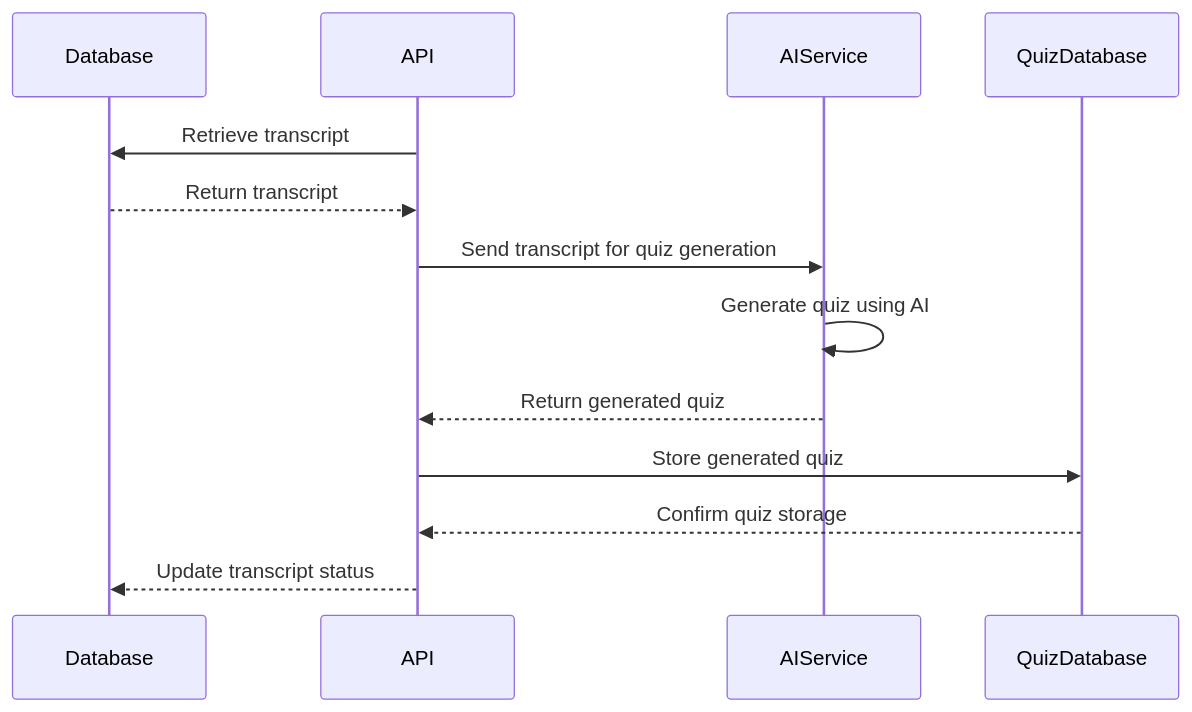
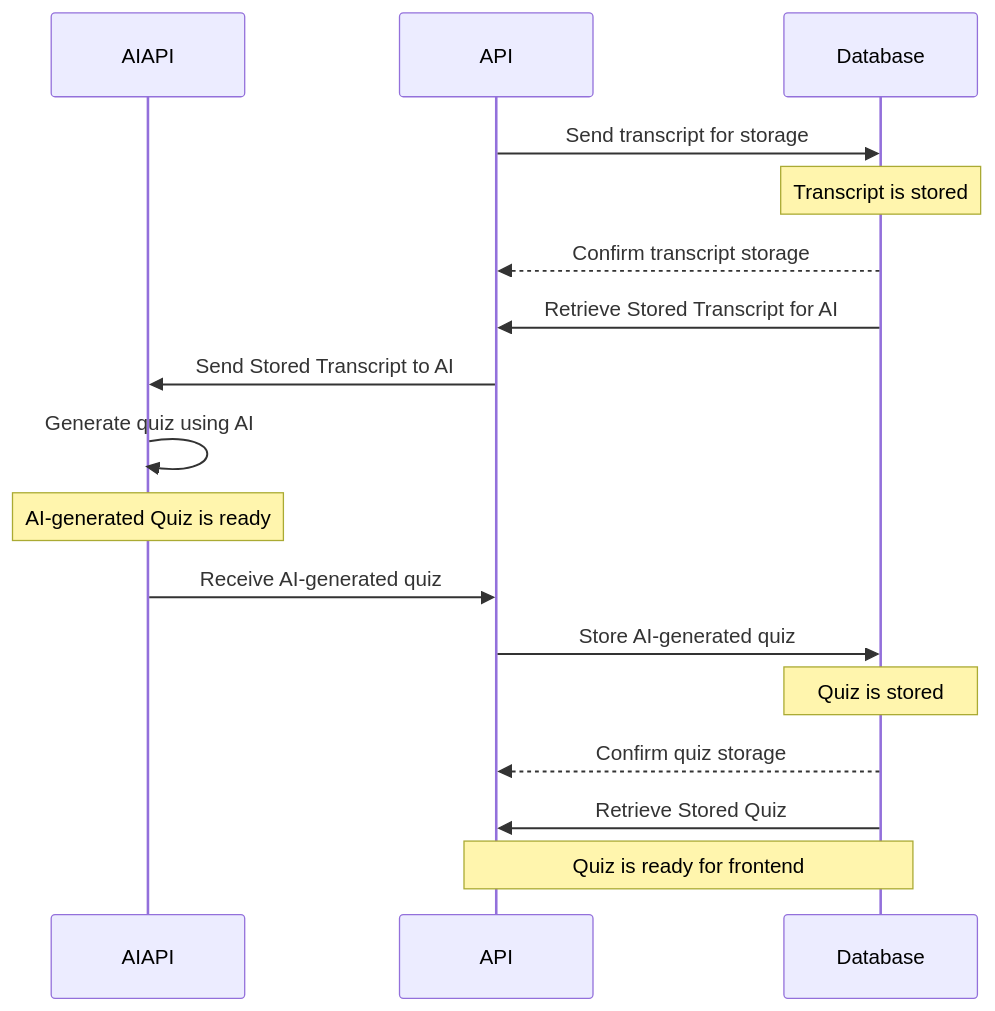
The diagram in diagram/sequence-diagrams/US/2_US_DB-AI-Quiz.mmd (NekodaMushi/portfolio-web_spe_fullstack), drawn with Mermaid before and after one commit. The commit also changed 8 other files, not shown here.

Commit message:
Adding test config, fetching quiz generated by AI API

```diff
--- a/diagram/sequence-diagrams/US/2_US_DB-AI-Quiz.mmd
+++ b/diagram/sequence-diagrams/US/2_US_DB-AI-Quiz.mmd
@@ -1,14 +1,34 @@
 sequenceDiagram
+
+    participant AIAPI
+    participant API
     participant Database
-    participant API
-    participant AIService
-    participant QuizDatabase
 
-    API->>Database: Retrieve transcript
-    Database-->>API: Return transcript
-    API->>AIService: Send transcript for quiz generation
-    AIService->>AIService: Generate quiz using AI
-    AIService-->>API: Return generated quiz
-    API->>QuizDatabase: Store generated quiz
-    QuizDatabase-->>API: Confirm quiz storage
-    API-->>Database: Update transcript status
+
+  
+    API->>Database: Send transcript for storage
+
+    Note over Database: Transcript is stored
+    Database-->>API: Confirm transcript storage
+
+    
+    Database->>API: Retrieve Stored Transcript for AI
+    API->>AIAPI: Send Stored Transcript to AI
+
+
+
+ 
+    AIAPI->>AIAPI: Generate quiz using AI
+
+    Note over AIAPI: AI-generated Quiz is ready
+    AIAPI->>API : Receive AI-generated quiz
+    API->>Database: Store AI-generated quiz
+
+    Note over Database: Quiz is stored
+    Database-->>API: Confirm quiz storage
+
+
+    Database->>API: Retrieve Stored Quiz
+
+
+    Note over Database,API: Quiz is ready for frontend
```
